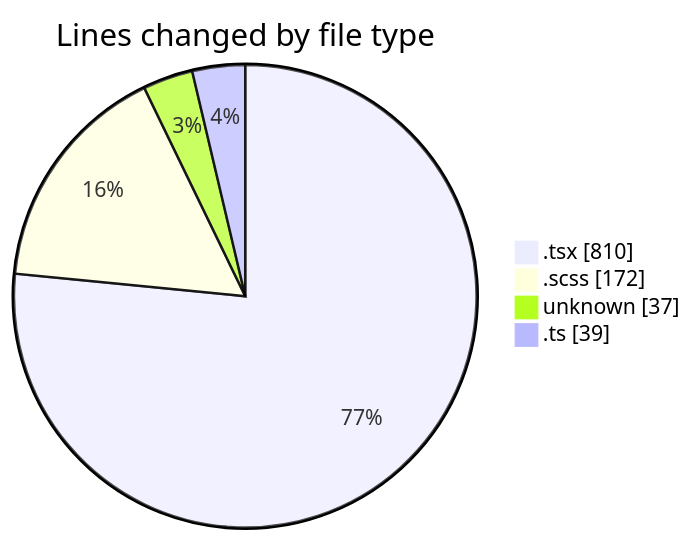
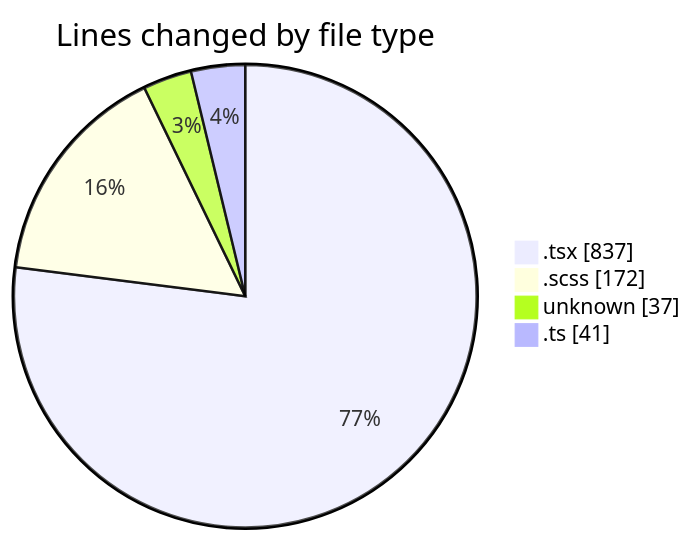
One commit to momahboobian/code-tracking changed the first of 2 diagrams in 2025-09-16/cda/README.md. Above: the diagram before and after it, drawn with Mermaid. The commit also changed other lines of this file and 1 other file, not shown here.

````diff
--- a/2025-09-16/cda/README.md
+++ b/2025-09-16/cda/README.md
@@ -26,8 +27,8 @@
 ```mermaid
 pie showData
 title Lines changed by file type
-".tsx" : 810
+".tsx" : 837
 ".scss" : 172
 "unknown" : 37
-".ts" : 39
+".ts" : 41
 ```
````
